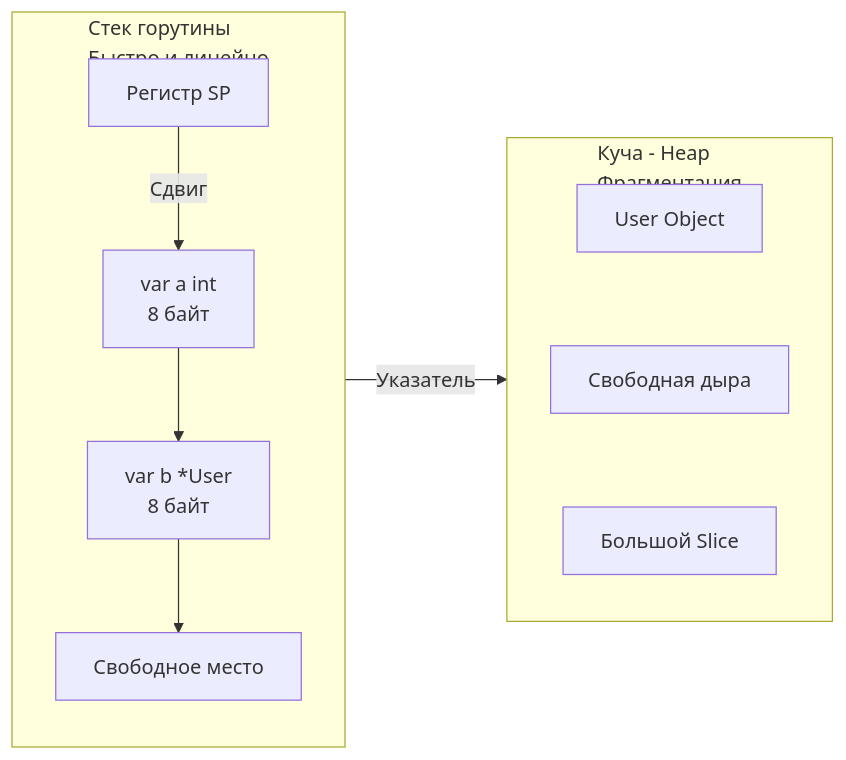
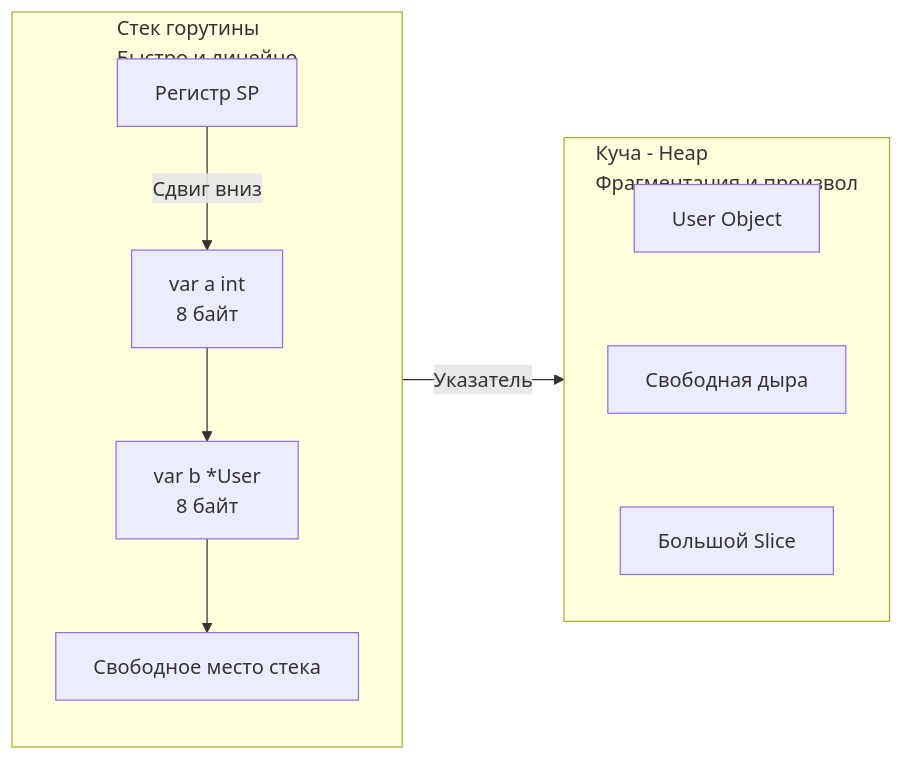
Before and after one commit to UnrealTemplier/go-textbook: the first of 2 diagrams in sources/7. Глубокий Go (Внутреннее устройство)/20. Stack vs Heap в Go.md, drawn with Mermaid. The commit also changed other lines of this file, not shown here.

````diff
--- a/sources/7. Глубокий Go (Внутреннее устройство)/20. Stack vs Heap в Go.md
+++ b/sources/7. Глубокий Go (Внутреннее устройство)/20. Stack vs Heap в Go.md
@@ -33,20 +35,20 @@
 ```mermaid
 flowchart LR
     subgraph STACK ["Стек горутины<br>Быстро и линейно"]
         direction TB
-        SP["Регистр SP"] -->|Сдвиг| VAR1["var a int<br>8 байт"]
+        SP["Регистр SP"] -->|Сдвиг вниз| VAR1["var a int<br>8 байт"]
         VAR1 --> VAR2["var b *User<br>8 байт"]
-        VAR2 --> VAR3["Свободное место"]
+        VAR2 --> VAR3["Свободное место стека"]
     end
     
-    subgraph HEAP ["Куча - Heap<br>Фрагментация"]
+    subgraph HEAP ["Куча - Heap<br>Фрагментация и произвол"]
         direction TB
         OBJ1["User Object"]
         HOLE["Свободная дыра"]
         OBJ2["Большой Slice"]
         OBJ1 ~~~ HOLE
         HOLE ~~~ OBJ2
     end
     
     VAR2 -->|"Указатель"| OBJ1
 ```
````
